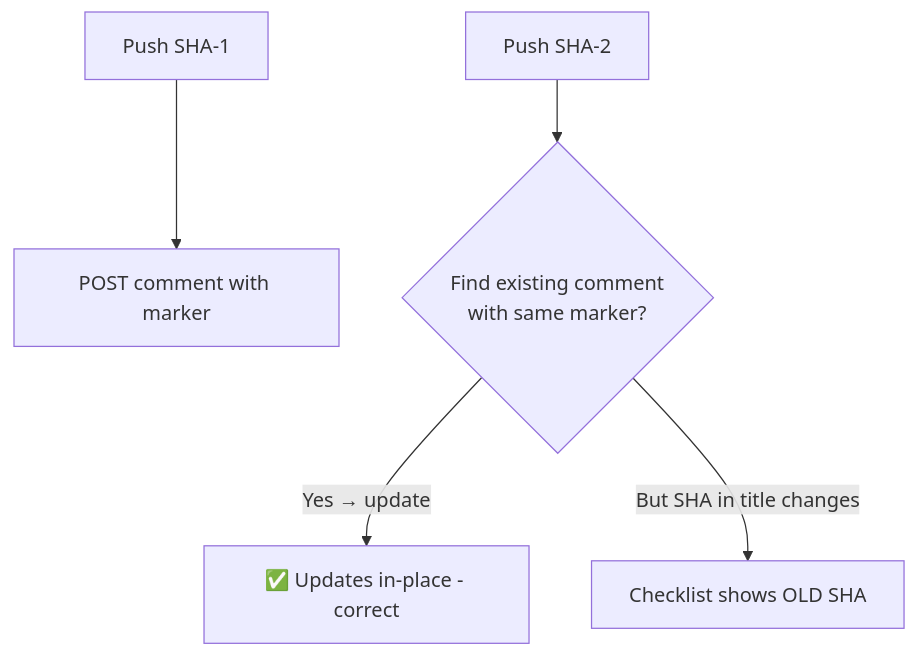
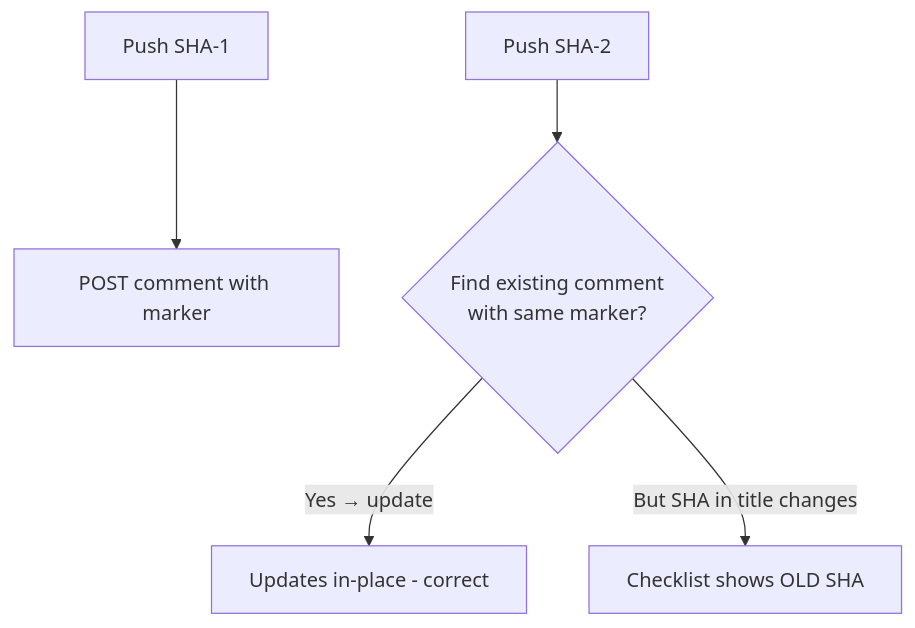
The fifth of 9 diagrams in docs/workflows/PR_COMMENT_LIFECYCLE.md (Aries-Serpent/_codex_), drawn with Mermaid before and after one commit. The commit also changed other lines of this file and 2029 other files, not shown here.

````diff
--- a/docs/workflows/PR_COMMENT_LIFECYCLE.md
+++ b/docs/workflows/PR_COMMENT_LIFECYCLE.md
@@ -200,8 +202,8 @@
 ```mermaid
 %%{init: {'accessibility': {'title': 'Flowchart showing Push SHA-1, POST comment with marker'}}%%
 flowchart TD
     PUSH1[Push SHA-1] --> CPF1[POST comment with marker]
     PUSH2[Push SHA-2] --> CPF2{Find existing comment\nwith same marker?}
-    CPF2 --> |"Yes → update"| UPDATE[✅ Updates in-place - correct]
+    CPF2 --> |"Yes → update"| UPDATE[ Updates in-place - correct]
     CPF2 --> |"But SHA in title changes"| CONFUSION[Checklist shows OLD SHA]
 ```
````
